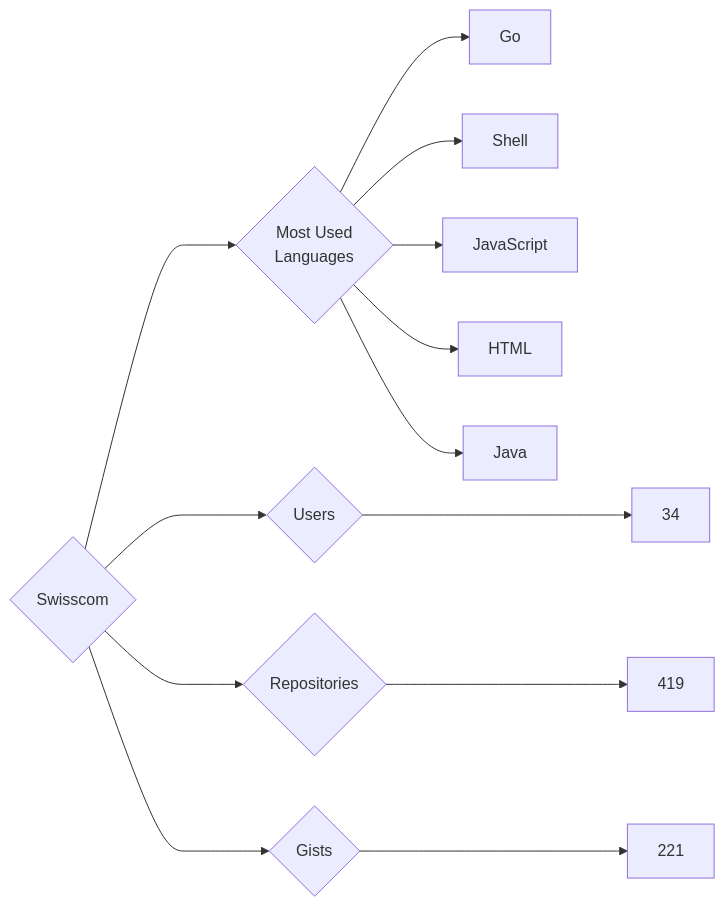
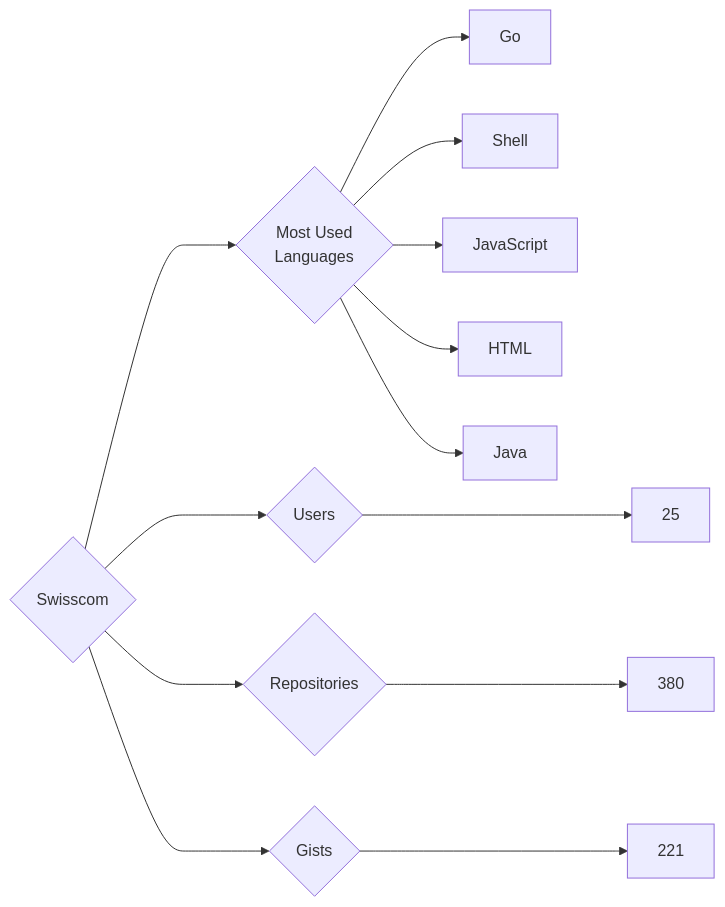
One commit to trickest/insiders changed the diagram in targets/Swisscom/README.md. Above: the diagram before and after it, drawn with Mermaid. The commit also changed 895 other files, not shown here.

````diff
--- a/targets/Swisscom/README.md
+++ b/targets/Swisscom/README.md
@@ -3,13 +3,13 @@
 ```mermaid
 graph LR
 COMPANY_NAME{Swisscom}
-COMPANY_NAME ---> U{Users} ---> UN[34]
-COMPANY_NAME ---> R{Repositories} ---> RN[419]
+COMPANY_NAME ---> U{Users} ---> UN[25]
+COMPANY_NAME ---> R{Repositories} ---> RN[380]
 COMPANY_NAME ---> G{Gists} ---> GN[221]
 COMPANY_NAME ---> ML{Most Used<br>Languages}
 ML --> Go[Go]
 ML --> Shell[Shell]
 ML --> JavaScript[JavaScript]
 ML --> HTML[HTML]
 ML --> Java[Java]
 ```
````
